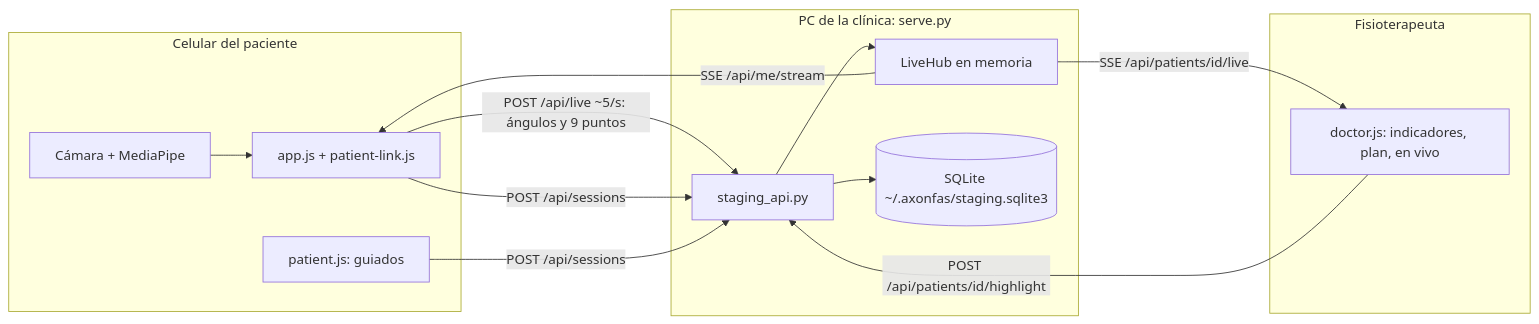
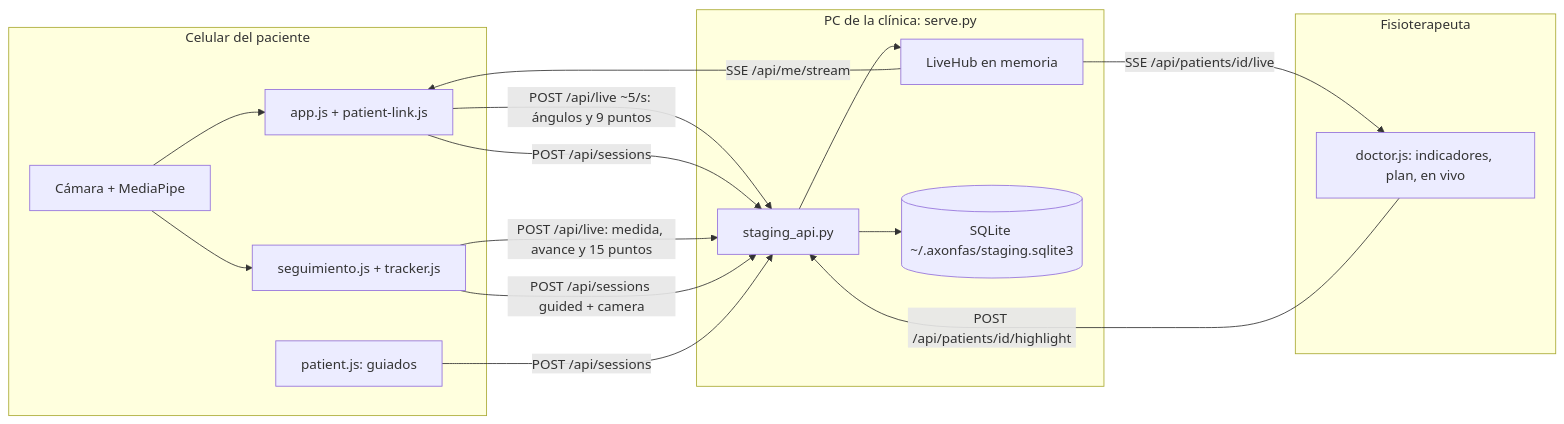
One commit to JoseFM2808/AXONFAS changed the second of 3 diagrams in .ai-context/02-architecture.md. Above: the diagram before and after it, drawn with Mermaid. The commit also changed other lines of this file and 24 other files, not shown here.

````diff
--- a/.ai-context/02-architecture.md
+++ b/.ai-context/02-architecture.md
@@ -148,23 +148,26 @@
 ```mermaid
 flowchart LR
     subgraph pac [Celular del paciente]
         CAMP[Cámara + MediaPipe] --> APP[app.js + patient-link.js]
+        CAMP --> TRK[seguimiento.js + tracker.js]
         GUI[patient.js: guiados]
     end
     subgraph pc [PC de la clínica: serve.py]
         API[staging_api.py]
         HUB[LiveHub en memoria]
         DB[(SQLite ~/.axonfas/staging.sqlite3)]
         API --> DB
         API --> HUB
     end
     subgraph fis [Fisioterapeuta]
         DOC[doctor.js: indicadores, plan, en vivo]
     end
     APP -->|POST /api/live ~5/s: ángulos y 9 puntos| API
     APP -->|POST /api/sessions| API
+    TRK -->|POST /api/live: medida, avance y 15 puntos| API
+    TRK -->|POST /api/sessions guided + camera| API
     GUI -->|POST /api/sessions| API
     HUB -->|SSE /api/patients/id/live| DOC
     DOC -->|POST /api/patients/id/highlight| API
     HUB -->|SSE /api/me/stream| APP
 ```
````
